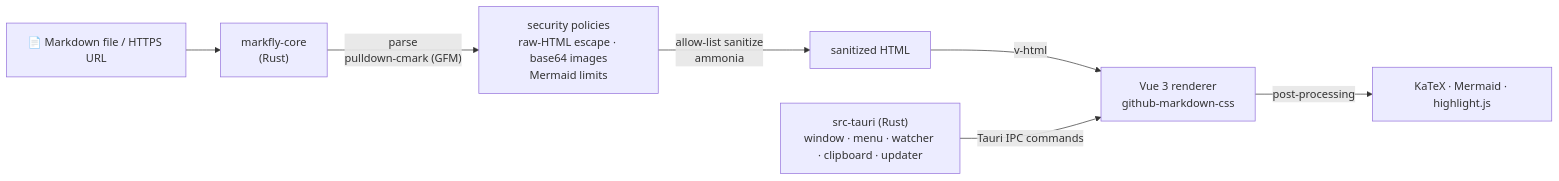
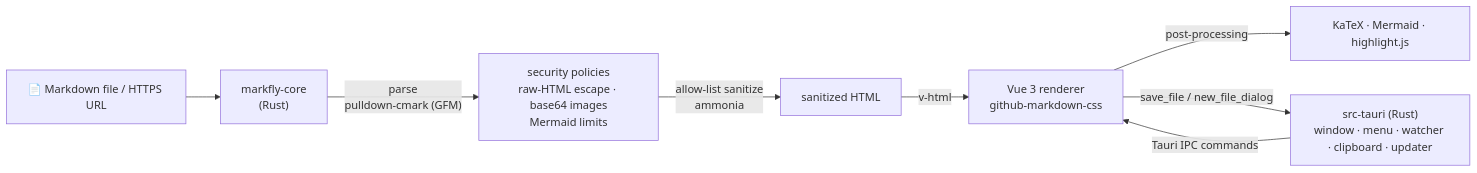
Before and after one commit to fazaxsha/Markfly_Win: the diagram in README.md, drawn with Mermaid. The commit also changed other lines of this file and 10 other files, not shown here.

````diff
--- a/README.md
+++ b/README.md
@@ -155,9 +202,10 @@
 ```mermaid
 flowchart LR
     A["📄 Markdown file / HTTPS URL"] --> B["markfly-core<br/>(Rust)"]
     B -->|"parse<br/>pulldown-cmark (GFM)"| C["security policies<br/>raw-HTML escape · base64 images<br/>Mermaid limits"]
     C -->|"allow-list sanitize<br/>ammonia"| D["sanitized HTML"]
     D -->|"v-html"| E["Vue 3 renderer<br/>github-markdown-css"]
     E -->|"post-processing"| F["KaTeX · Mermaid · highlight.js"]
     G["src-tauri (Rust)<br/>window · menu · watcher · clipboard · updater"] -->|"Tauri IPC commands"| E
+    E -->|"save_file / new_file_dialog"| G
 ```
````
